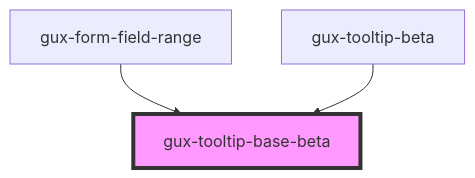
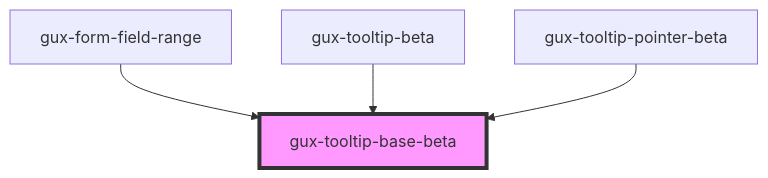
Before and after one commit to MyPureCloud/genesys-spark: the diagram in packages/genesys-spark-components/src/components/beta/gux-tooltip-base/readme.md, drawn with Mermaid. The commit also changed other lines of this file and 3 other files, not shown here.

Commit message:
chore(tooltip-pointer-beta): making example page more robust

````diff
--- a/packages/genesys-spark-components/src/components/beta/gux-tooltip-base/readme.md
+++ b/packages/genesys-spark-components/src/components/beta/gux-tooltip-base/readme.md
@@ -59,6 +61,7 @@
 ```mermaid
 graph TD;
   gux-form-field-range --> gux-tooltip-base-beta
   gux-tooltip-beta --> gux-tooltip-base-beta
+  gux-tooltip-pointer-beta --> gux-tooltip-base-beta
   style gux-tooltip-base-beta fill:#f9f,stroke:#333,stroke-width:4px
 ```
````
